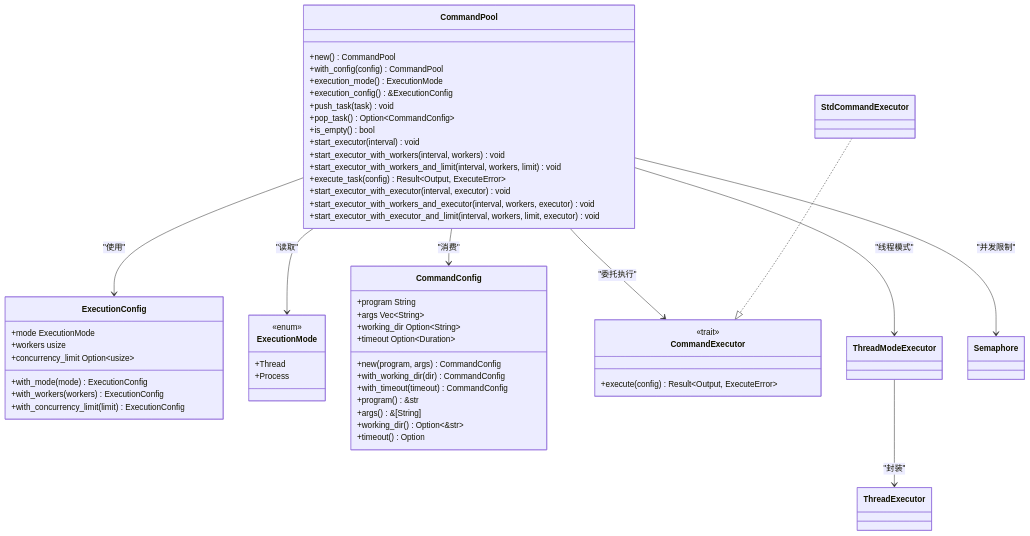
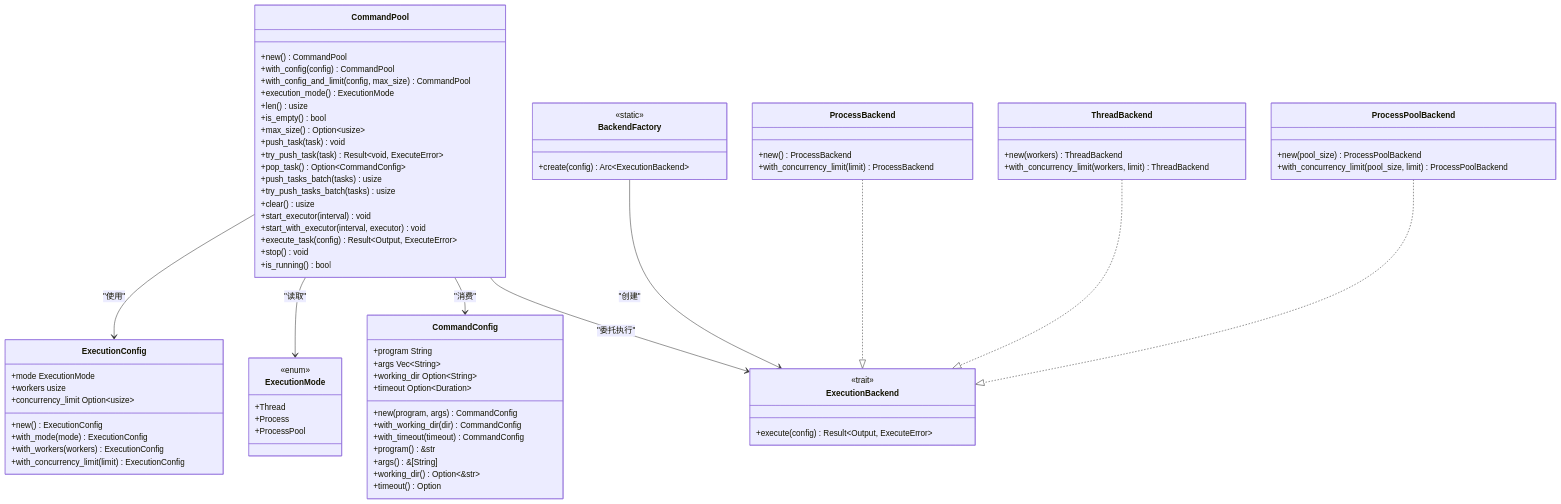
The third of 10 diagrams in .qoder/repowiki/zh/content/核心 API 参考/核心 API 参考.md (xcry2006/execute), drawn with Mermaid before and after one commit. The commit also changed other lines of this file and 9 other files, not shown here.

````diff
--- a/.qoder/repowiki/zh/content/核心 API 参考/核心 API 参考.md
+++ b/.qoder/repowiki/zh/content/核心 API 参考/核心 API 参考.md
@@ -201,61 +238,79 @@
 ```mermaid
 classDiagram
 class CommandPool {
 +new() CommandPool
 +with_config(config) CommandPool
++with_config_and_limit(config, max_size) CommandPool
 +execution_mode() ExecutionMode
-+execution_config() &ExecutionConfig
++len() usize
++is_empty() bool
++max_size() Option~usize~
 +push_task(task) void
++try_push_task(task) Result~void, ExecuteError~
 +pop_task() Option~CommandConfig~
-+is_empty() bool
++push_tasks_batch(tasks) usize
++try_push_tasks_batch(tasks) usize
++clear() usize
 +start_executor(interval) void
-+start_executor_with_workers(interval, workers) void
-+start_executor_with_workers_and_limit(interval, workers, limit) void
++start_with_executor(interval, executor) void
 +execute_task(config) Result~Output, ExecuteError~
-+start_executor_with_executor(interval, executor) void
-+start_executor_with_workers_and_executor(interval, workers, executor) void
-+start_executor_with_executor_and_limit(interval, workers, limit, executor) void
++stop() void
++is_running() bool
 }
 class ExecutionConfig {
 +mode ExecutionMode
 +workers usize
 +concurrency_limit Option~usize~
++new() ExecutionConfig
 +with_mode(mode) ExecutionConfig
 +with_workers(workers) ExecutionConfig
 +with_concurrency_limit(limit) ExecutionConfig
 }
 class ExecutionMode {
 <<enum>>
 +Thread
 +Process
++ProcessPool
 }
 class CommandConfig {
 +program String
 +args Vec~String~
 +working_dir Option~String~
 +timeout Option~Duration~
 +new(program, args) CommandConfig
 +with_working_dir(dir) CommandConfig
 +with_timeout(timeout) CommandConfig
 +program() &str
 +args() &[String]
 +working_dir() Option<&str>
 +timeout() Option<Duration>
 }
-class CommandExecutor {
+class ExecutionBackend {
 <<trait>>
 +execute(config) Result~Output, ExecuteError~
 }
-class StdCommandExecutor
-class ThreadModeExecutor
-class ThreadExecutor
-class Semaphore
+class ProcessBackend {
++new() ProcessBackend
++with_concurrency_limit(limit) ProcessBackend
+}
+class ThreadBackend {
++new(workers) ThreadBackend
++with_concurrency_limit(workers, limit) ThreadBackend
+}
+class ProcessPoolBackend {
++new(pool_size) ProcessPoolBackend
++with_concurrency_limit(pool_size, limit) ProcessPoolBackend
+}
+class BackendFactory {
+<<static>>
++create(config) Arc~ExecutionBackend~
+}
 CommandPool --> ExecutionConfig : "使用"
 CommandPool --> ExecutionMode : "读取"
 CommandPool --> CommandConfig : "消费"
-CommandPool --> CommandExecutor : "委托执行"
-CommandPool --> ThreadModeExecutor : "线程模式"
-CommandPool --> Semaphore : "并发限制"
-StdCommandExecutor ..|> CommandExecutor
-ThreadModeExecutor --> ThreadExecutor : "封装"
+CommandPool --> ExecutionBackend : "委托执行"
+BackendFactory --> ExecutionBackend : "创建"
+ProcessBackend ..|> ExecutionBackend
+ThreadBackend ..|> ExecutionBackend
+ProcessPoolBackend ..|> ExecutionBackend
 ```
````
